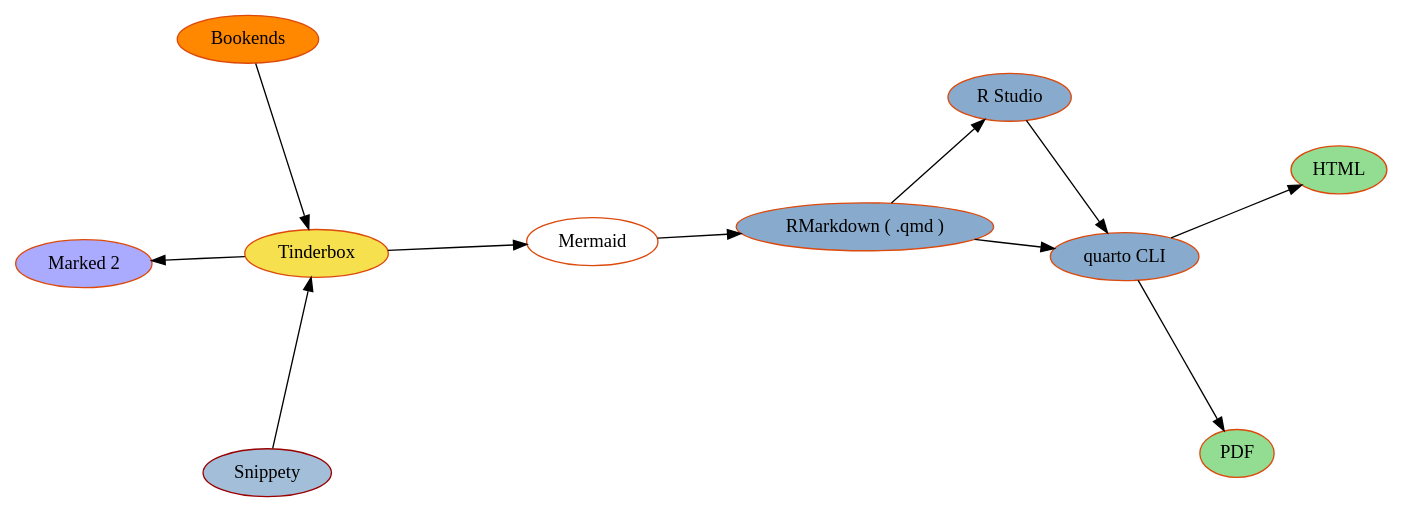
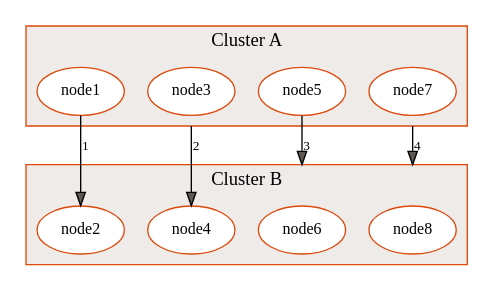
Before and after one commit to fryagbye/tinderboxwithquarto: the diagram in graphviz-optional.qmd, drawn with Graphviz. The commit also changed other lines of this file and 10 other files, not shown here.

````diff
--- a/graphviz-optional.qmd
+++ b/graphviz-optional.qmd
@@ -22,88 +25,59 @@
 ```{dot} 
-//| label: fig-workflow-graphviz
-//| fig-cap: Tinderbox Work Flow with Quarto. ( Graphviz version )
+//| label: fig-graphviz-test
+//| fig-cap: Graphviz Test
 //| fig-width: 5
 digraph {
 compound=true
-layout=sfdp
+layout=dot
   graph [    charset = "UTF-8";
+    splines = "ortho",
   ];
-subgraph cluster_1{
-        label="Applications";
-        color="#dc490b";
-        penwidth="1";
-        style="filled";
-        fillcolor="#e7f3e7";
-        fontname="HiraginoSans-W4";
-        fontcolor="#000000";
-        fontsize="14";
-        A B C 
+subgraph cluster_A{
+        label="Cluster B"
+        spline="line"
+        color="#dc490b"
+        penwidth="1"
+        style="filled"
+        fillcolor="#eeebe9"
+        fontname="HiraginoSans-W4"
+        fontcolor="#000000"
+        fontsize="14"
+        A B C D 
 }
-subgraph cluster_2{
-        label="Demo_TBX_for_Quarto.tbx";
-        color="#dc490b";
-        penwidth="1";
-        style="filled";
-        fillcolor="#eeebe9";
-        fontname="HiraginoSans-W4";
-        fontcolor="#000000";
-        fontsize="10";
-        D 
+
+subgraph cluster_B{
+        label="Cluster A"
+        spline="line"
+        color="#dc490b"
+        penwidth="1"
+        style="filled"
+        fillcolor="#eeebe9"
+        fontname="HiraginoSans-W4"
+        fontcolor="#000000"
+        fontsize="14"
+        E F G H 
 }
-subgraph cluster_3{
-        label="Quarto";
-        color="#dc490b";
-        penwidth="1";
-        style="filled";
-        fillcolor="#fff4e6";
-        fontname="HiraginoSans-W4";
-        fontcolor="#000000";
-        fontsize="14";
-        E F G 
-}
-subgraph cluster_4{
-        label="Output";
-        color="#dc490b";
-        penwidth="1";
-        style="filled";
-        fillcolor="#ffffff";
-        fontname="HiraginoSans-W4";
-        fontcolor="#000000";
-        fontsize="14";
-        H I J 
-}
-A[label="Bookends",colorscheme="Blues8",color="#dc490b",penwidth="1",style="filled",fillcolor="#ff8800",fontname="HiraginoSans-W4",fontcolor="#000000",fontsize="14",URL="https://www.sonnysoftware.com/bookends-for-mac",]
 
-B[label="Snippety",colorscheme="Blues8",color="#990000",penwidth="1",style="filled",fillcolor="#a3bed9",fontname="HiraginoSans-W4",fontcolor="#000000",fontsize="14",URL="https://snippety.app/",]
 
-C[label="Tinderbox",colorscheme="Blues8",color="#dc490b",penwidth="1",style="filled",fillcolor="#f6e04d",fontname="HiraginoSans-W4",fontcolor="#000000",fontsize="14",URL="https://www.eastgate.com/Tinderbox/",]
+A [ style="filled"label="node2", colorscheme="Blues8", color="#dc490b", penwidth="1", fillcolor="#ffffff", fontname="HiraginoSans-W4", fontcolor="#000000", fontsize="12"]
 
-D[label="Mermaid",colorscheme="Blues8",color="#dc490b",penwidth="1",style="filled",fillcolor="#ffffff",fontname="HiraginoSans-W4",fontcolor="#000000",fontsize="14",]
+B [ style="filled"label="node4", colorscheme="Blues8", color="#dc490b", penwidth="1", fillcolor="#ffffff", fontname="HiraginoSans-W4", fontcolor="#000000", fontsize="12"]
 
-E[label="R Studio",colorscheme="Blues8",color="#dc490b",penwidth="1",style="filled",fillcolor="#88aacc",fontname="HiraginoSans-W4",fontcolor="#000000",fontsize="14",URL="https://posit.co/products/open-source/rstudio/",]
+C [ style="filled"label="node6", colorscheme="Blues8", color="#dc490b", penwidth="1", fillcolor="#ffffff", fontname="HiraginoSans-W4", fontcolor="#000000", fontsize="12"]
 
-F[label="RMarkdown ( .qmd )",colorscheme="Blues8",color="#dc490b",penwidth="1",style="filled",fillcolor="#88aacc",fontname="HiraginoSans-W4",fontcolor="#000000",fontsize="14",]
+D [ style="filled"label="node8", colorscheme="Blues8", color="#dc490b", penwidth="1", fillcolor="#ffffff", fontname="HiraginoSans-W4", fontcolor="#000000", fontsize="12"]
 
-G[label="quarto CLI",colorscheme="Blues8",color="#dc490b",penwidth="1",style="filled",fillcolor="#88aacc",fontname="HiraginoSans-W4",fontcolor="#000000",fontsize="14",URL="https://quarto.org/",]
+E [ style="filled"label="node1", colorscheme="Blues8", color="#dc490b", penwidth="1", fillcolor="#ffffff", fontname="HiraginoSans-W4", fontcolor="#000000", fontsize="12"]
 
-H[label="PDF",colorscheme="Blues8",color="#dc490b",penwidth="1",style="filled",fillcolor="#93dd93",fontname="HiraginoSans-W4",fontcolor="#000000",fontsize="14",]
+F [ style="filled"label="node3", colorscheme="Blues8", color="#dc490b", penwidth="1", fillcolor="#ffffff", fontname="HiraginoSans-W4", fontcolor="#000000", fontsize="12"]
 
-I[label="HTML",colorscheme="Blues8",color="#dc490b",penwidth="1",style="filled",fillcolor="#93dd93",fontname="HiraginoSans-W4",fontcolor="#000000",fontsize="14",]
+G [ style="filled"label="node5", colorscheme="Blues8", color="#dc490b", penwidth="1", fillcolor="#ffffff", fontname="HiraginoSans-W4", fontcolor="#000000", fontsize="12"]
 
-J[label="Marked 2",colorscheme="Blues8",color="#dc490b",penwidth="1",style="filled",fillcolor="#aaaaff",fontname="HiraginoSans-W4",fontcolor="#000000",fontsize="14",URL="https://marked2app.com/",]
+H [ style="filled"label="node7", colorscheme="Blues8", color="#dc490b", penwidth="1", fillcolor="#ffffff", fontname="HiraginoSans-W4", fontcolor="#000000", fontsize="12"]
 
-A->C
-B->C
-C->D
-C->J
-D->F
-E->G
-F->E
-F->G
-G->H
-G->I
-H
-I
-J
+E -> A [label = "1" fillcolor="#605850" fontname="HiraginoSans-W4" fontcolor="#000000" fontsize="10" labelfloat="false" ]
+F -> B [label = "2" fillcolor="#605850" fontname="HiraginoSans-W4" fontcolor="#000000" fontsize="10" labelfloat="false" ltail = "cluster_B" ]
+G -> C [label = "3" fillcolor="#605850" fontname="HiraginoSans-W4" fontcolor="#000000" fontsize="10" labelfloat="false" lhead = "cluster_A" ]
+H -> D [label = "4" fillcolor="#605850" fontname="HiraginoSans-W4" fontcolor="#000000" fontsize="10" labelfloat="false" lhead = "cluster_A" ltail = "cluster_B" ]
 }
 ```
````
